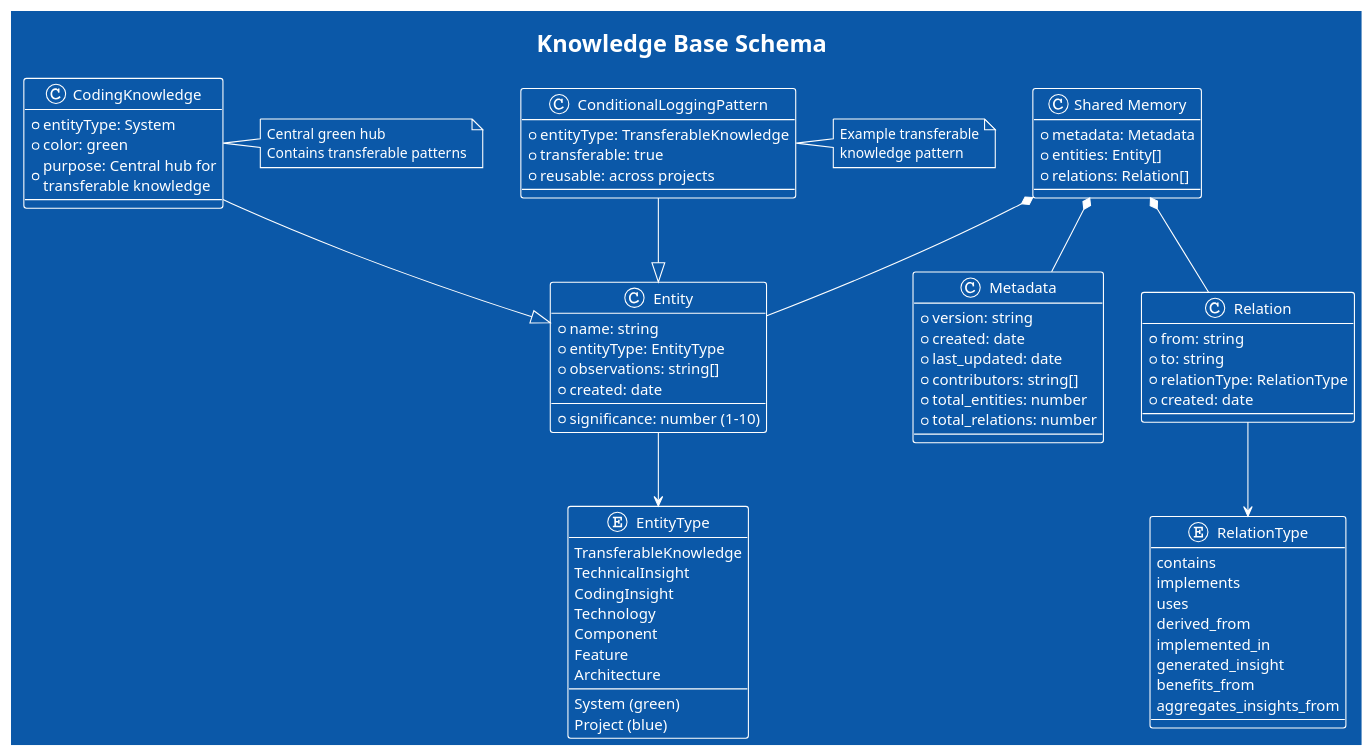
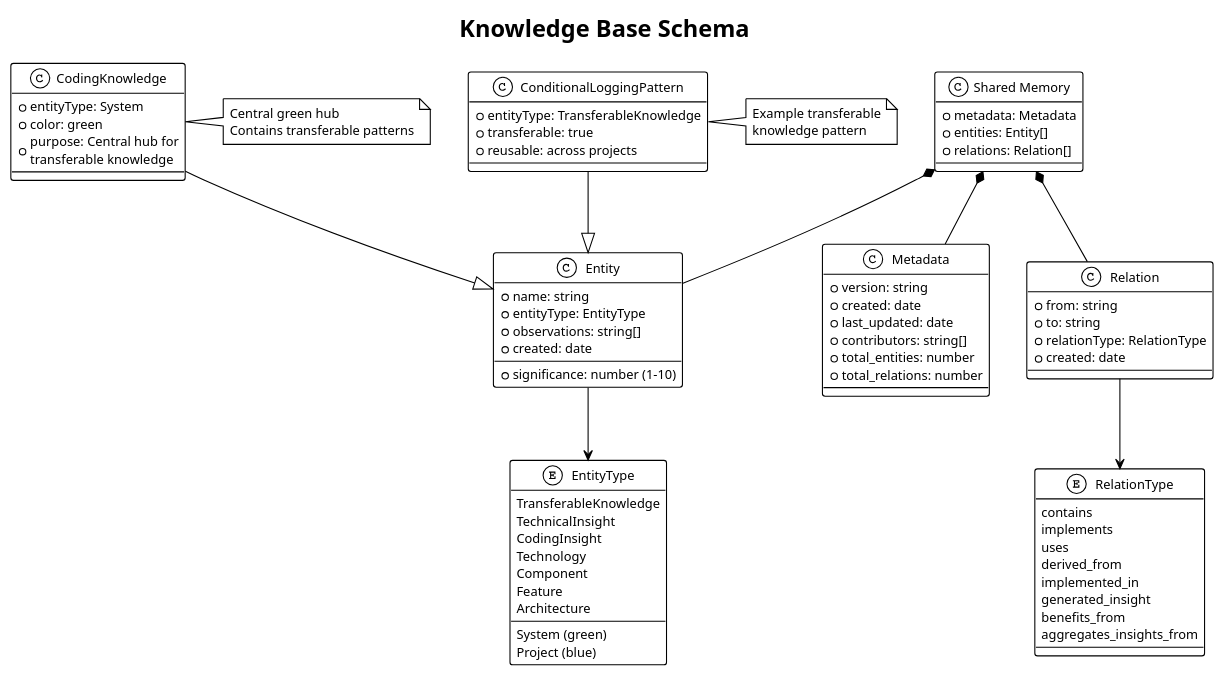
Before and after one commit to davidraehles/agentic-coding-framework: the diagram in docs/puml/knowledge-schema.puml, drawn with PlantUML. The commit also changed 27 other files, not shown here.

Commit message:
docs: unification of puml styles & correction of main architecture diagram

```diff
--- a/docs/puml/knowledge-schema.puml
+++ b/docs/puml/knowledge-schema.puml
@@ -1,81 +1,84 @@
 @startuml knowledge-schema
-!theme amiga
+!theme plain
+skinparam backgroundColor white
+skinparam defaultFontName Arial
+skinparam defaultFontSize 12
 title Knowledge Base Schema
 
 class "Shared Memory" {
   +metadata: Metadata
   +entities: Entity[]
   +relations: Relation[]
 }
 
 class Metadata {
   +version: string
   +created: date
   +last_updated: date
   +contributors: string[]
   +total_entities: number
   +total_relations: number
 }
 
 class Entity {
   +name: string
   +entityType: EntityType
   +observations: string[]
   +significance: number (1-10)
   +created: date
 }
 
 enum EntityType {
   System (green)
   Project (blue)
   TransferableKnowledge
   TechnicalInsight
   CodingInsight
   Technology
   Component
   Feature
   Architecture
 }
 
 class Relation {
   +from: string
   +to: string
   +relationType: RelationType
   +created: date
 }
 
 enum RelationType {
   contains
   implements
   uses
   derived_from
   implemented_in
   generated_insight
   benefits_from
   aggregates_insights_from
 }
 
 class CodingKnowledge {
   +entityType: System
   +color: green
   +purpose: Central hub for\ntransferable knowledge
 }
 
 class ConditionalLoggingPattern {
   +entityType: TransferableKnowledge
   +transferable: true
   +reusable: across projects
 }
 
 "Shared Memory" *-- Metadata
 "Shared Memory" *-- Entity
 "Shared Memory" *-- Relation
 Entity --> EntityType
 Relation --> RelationType
 CodingKnowledge --|> Entity
 ConditionalLoggingPattern --|> Entity
 
 note right of CodingKnowledge : Central green hub\nContains transferable patterns
 note right of ConditionalLoggingPattern : Example transferable\nknowledge pattern
 
 @enduml
```
